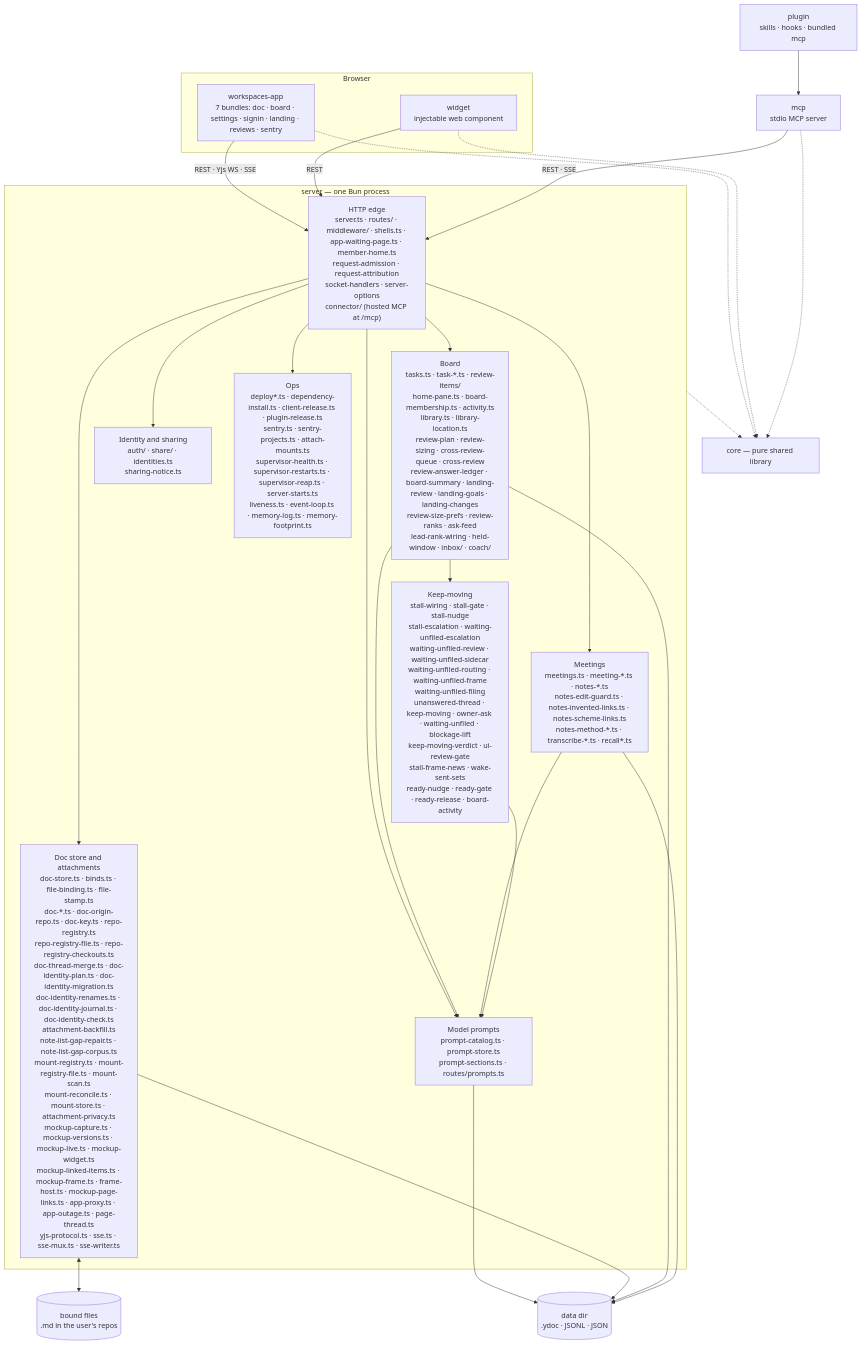
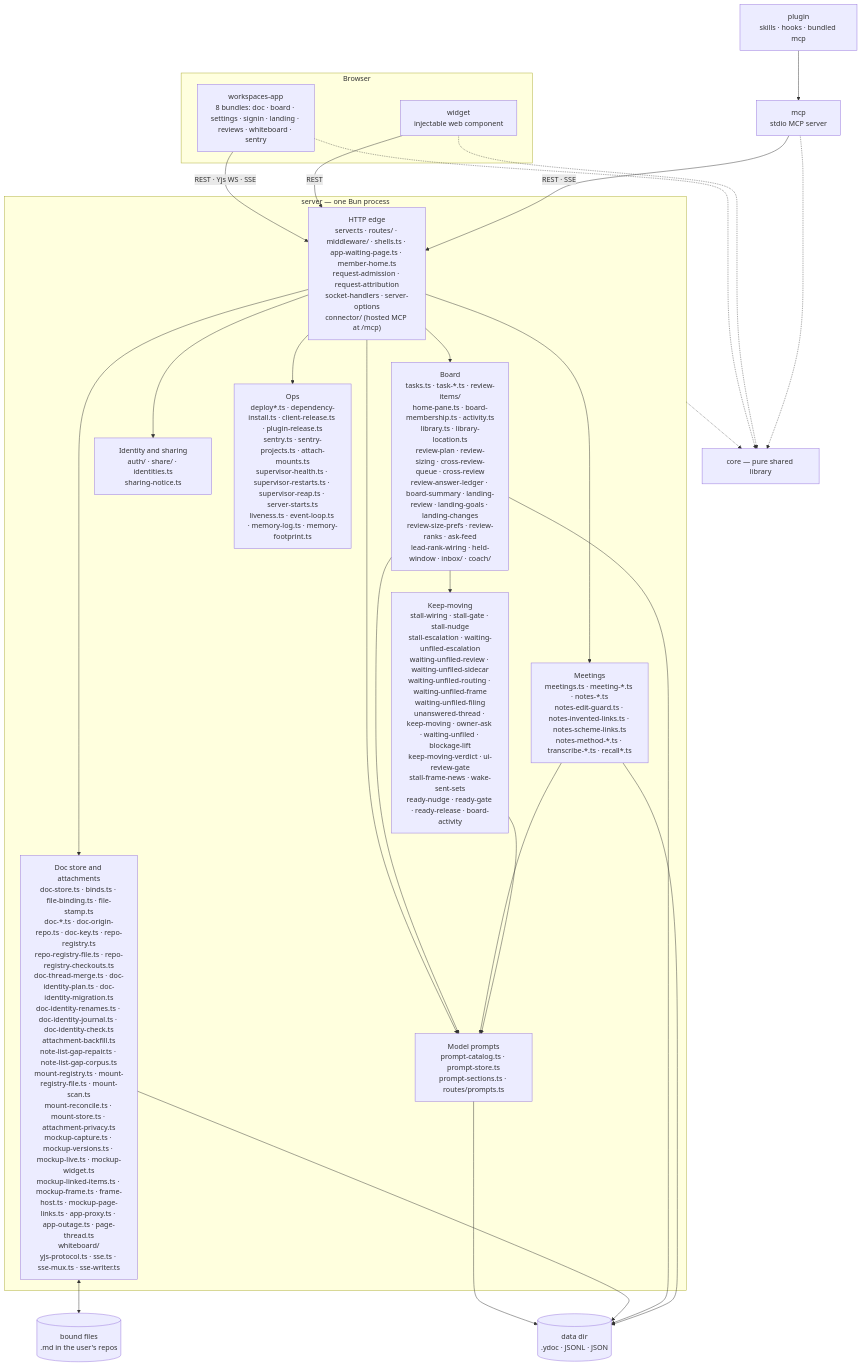
The first of 2 diagrams in docs/architecture/overview.md (fryanpan/claude-workspaces-plugin), drawn with Mermaid before and after one commit. The commit also changed other lines of this file and 61 other files, not shown here.

First line of the commit message:
Bryan can draw with an agent on a live whiteboard (#1296)

````diff
--- a/docs/architecture/overview.md
+++ b/docs/architecture/overview.md
@@ -45,35 +45,35 @@
 ```mermaid
 flowchart TB
   subgraph browser[Browser]
-    app["workspaces-app<br/>7 bundles: doc · board · settings · signin · landing · reviews · sentry"]
+    app["workspaces-app<br/>8 bundles: doc · board · settings · signin · landing · reviews · whiteboard · sentry"]
     wid["widget<br/>injectable web component"]
   end
   plug["plugin<br/>skills · hooks · bundled mcp"]
   mcp["mcp<br/>stdio MCP server"]
   subgraph srv["server — one Bun process"]
     edge["HTTP edge<br/>server.ts · routes/ · middleware/ · shells.ts · app-waiting-page.ts · member-home.ts<br/>request-admission · request-attribution<br/>socket-handlers · server-options<br/>connector/ (hosted MCP at /mcp)"]
-    docs["Doc store and attachments<br/>doc-store.ts · binds.ts · file-binding.ts · file-stamp.ts<br/>doc-*.ts · doc-origin-repo.ts · doc-key.ts · repo-registry.ts<br/>repo-registry-file.ts · repo-registry-checkouts.ts<br/>doc-thread-merge.ts · doc-identity-plan.ts · doc-identity-migration.ts<br/>doc-identity-renames.ts · doc-identity-journal.ts · doc-identity-check.ts<br/>attachment-backfill.ts<br/>note-list-gap-repair.ts · note-list-gap-corpus.ts<br/>mount-registry.ts · mount-registry-file.ts · mount-scan.ts<br/>mount-reconcile.ts · mount-store.ts · attachment-privacy.ts<br/>mockup-capture.ts · mockup-versions.ts · mockup-live.ts · mockup-widget.ts<br/>mockup-linked-items.ts · mockup-frame.ts · frame-host.ts · mockup-page-links.ts · app-proxy.ts · app-outage.ts · page-thread.ts<br/>yjs-protocol.ts · sse.ts · sse-mux.ts · sse-writer.ts"]
+    docs["Doc store and attachments<br/>doc-store.ts · binds.ts · file-binding.ts · file-stamp.ts<br/>doc-*.ts · doc-origin-repo.ts · doc-key.ts · repo-registry.ts<br/>repo-registry-file.ts · repo-registry-checkouts.ts<br/>doc-thread-merge.ts · doc-identity-plan.ts · doc-identity-migration.ts<br/>doc-identity-renames.ts · doc-identity-journal.ts · doc-identity-check.ts<br/>attachment-backfill.ts<br/>note-list-gap-repair.ts · note-list-gap-corpus.ts<br/>mount-registry.ts · mount-registry-file.ts · mount-scan.ts<br/>mount-reconcile.ts · mount-store.ts · attachment-privacy.ts<br/>mockup-capture.ts · mockup-versions.ts · mockup-live.ts · mockup-widget.ts<br/>mockup-linked-items.ts · mockup-frame.ts · frame-host.ts · mockup-page-links.ts · app-proxy.ts · app-outage.ts · page-thread.ts<br/>whiteboard/<br/>yjs-protocol.ts · sse.ts · sse-mux.ts · sse-writer.ts"]
     board["Board<br/>tasks.ts · task-*.ts · review-items/<br/>home-pane.ts · board-membership.ts · activity.ts<br/>library.ts · library-location.ts<br/>review-plan · review-sizing · cross-review-queue · cross-review<br/>review-answer-ledger · board-summary · landing-review · landing-goals · landing-changes<br/>review-size-prefs · review-ranks · ask-feed<br/>lead-rank-wiring · held-window · inbox/ · coach/"]
     meet["Meetings<br/>meetings.ts · meeting-*.ts · notes-*.ts<br/>notes-edit-guard.ts · notes-invented-links.ts · notes-scheme-links.ts<br/>notes-method-*.ts · transcribe-*.ts · recall*.ts"]
     keep["Keep-moving<br/>stall-wiring · stall-gate · stall-nudge<br/>stall-escalation · waiting-unfiled-escalation<br/>waiting-unfiled-review · waiting-unfiled-sidecar<br/>waiting-unfiled-routing · waiting-unfiled-frame<br/>waiting-unfiled-filing<br/>unanswered-thread · keep-moving · owner-ask · waiting-unfiled · blockage-lift<br/>keep-moving-verdict · ui-review-gate<br/>stall-frame-news · wake-sent-sets<br/>ready-nudge · ready-gate · ready-release · board-activity"]
     ident["Identity and sharing<br/>auth/ · share/ · identities.ts<br/>sharing-notice.ts"]
     prompts["Model prompts<br/>prompt-catalog.ts · prompt-store.ts<br/>prompt-sections.ts · routes/prompts.ts"]
     ops["Ops<br/>deploy*.ts · dependency-install.ts · client-release.ts · plugin-release.ts<br/>sentry.ts · sentry-projects.ts · attach-mounts.ts<br/>supervisor-health.ts · supervisor-restarts.ts · supervisor-reap.ts · server-starts.ts<br/>liveness.ts · event-loop.ts · memory-log.ts · memory-footprint.ts"]
   end
   core["core — pure shared library"]
   disk[("data dir<br/>.ydoc · JSONL · JSON")]
   files[("bound files<br/>.md in the user's repos")]
 
   app -->|"REST · Yjs WS · SSE"| edge
   wid -->|REST| edge
   plug --> mcp
   mcp -->|"REST · SSE"| edge
   edge --> docs & board & meet & ident & ops & prompts
   board & meet & keep --> prompts
   prompts --> disk
   board --> keep
   docs <--> files
   docs & board & meet --> disk
   app & wid & mcp -.-> core
   srv -.-> core
 ```
````
